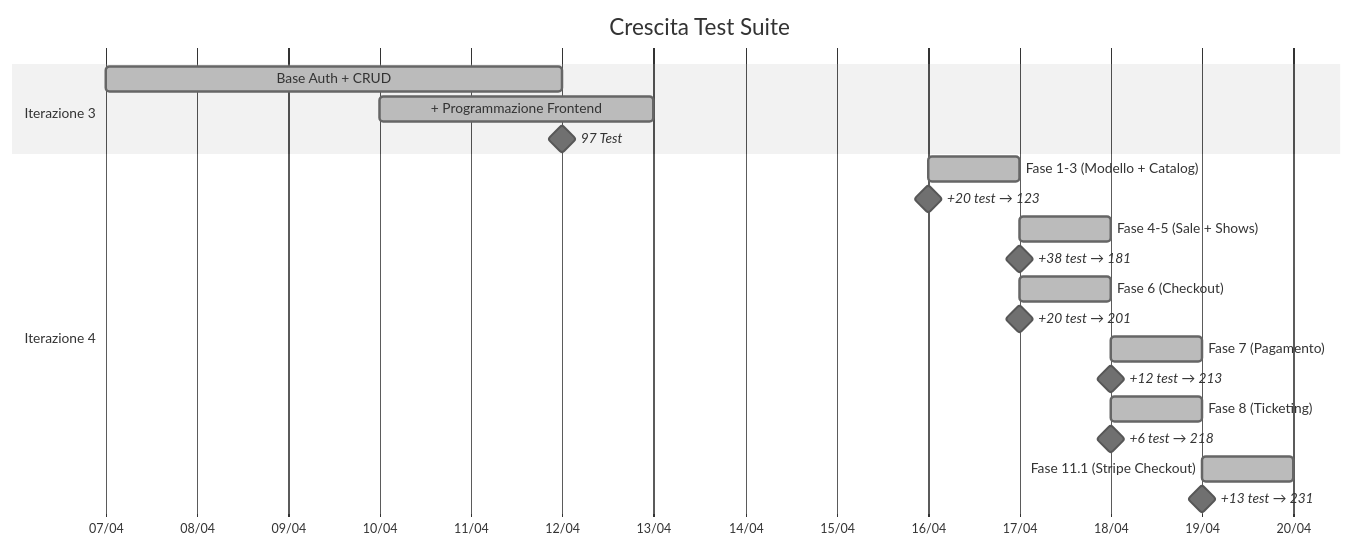
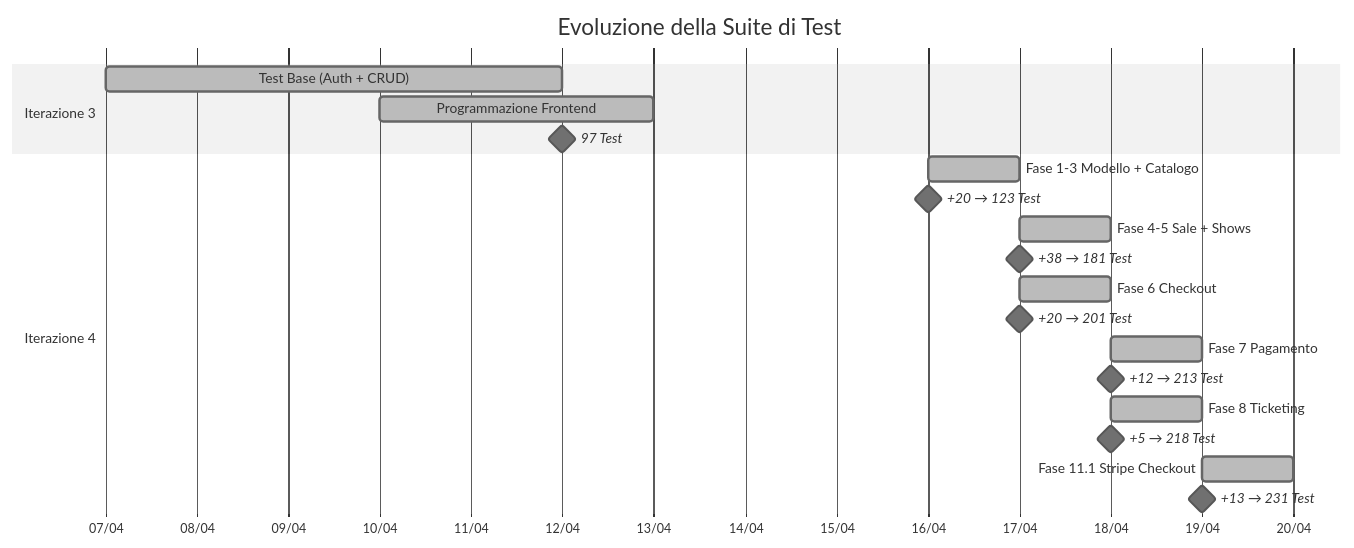
Before and after one commit to RizzoThomas/esercizioopencodefilm: the second of 2 diagrams in film-app-dev_iteration_4/presentazione/10-test.md, drawn with Mermaid (neutral theme). The commit also changed other lines of this file and 10 other files, not shown here.

Commit message:
docs: enhance presentazione with tables, pie charts, and detailed workflows

````diff
--- a/film-app-dev_iteration_4/presentazione/10-test.md
+++ b/film-app-dev_iteration_4/presentazione/10-test.md
@@ -54,25 +47,25 @@
 ```mermaid
 gantt
-    title Crescita Test Suite
+    title Evoluzione della Suite di Test
     dateFormat  YYYY-MM-DD
     axisFormat  %d/%m
 
     section Iterazione 3
-    Base Auth + CRUD        :done, 2026-04-07, 5d
-    + Programmazione Frontend :done, 2026-04-10, 3d
-    97 Test                  :milestone, 2026-04-12, 0d
+    Test Base (Auth + CRUD)     :done, 2026-04-07, 5d
+    Programmazione Frontend     :done, 2026-04-10, 3d
+    97 Test                     :milestone, 2026-04-12, 0d
 
     section Iterazione 4
-    Fase 1-3 (Modello + Catalog) :done, 2026-04-16, 1d
-    +20 test → 123           :milestone, 2026-04-16, 0d
-    Fase 4-5 (Sale + Shows)  :done, 2026-04-17, 1d
-    +38 test → 181           :milestone, 2026-04-17, 0d
-    Fase 6 (Checkout)        :done, 2026-04-17, 1d
-    +20 test → 201           :milestone, 2026-04-17, 0d
-    Fase 7 (Pagamento)       :done, 2026-04-18, 1d
-    +12 test → 213           :milestone, 2026-04-18, 0d
-    Fase 8 (Ticketing)       :done, 2026-04-18, 1d
-    +6 test → 218            :milestone, 2026-04-18, 0d
-    Fase 11.1 (Stripe Checkout) :done, 2026-04-19, 1d
-    +13 test → 231           :milestone, 2026-04-19, 0d
+    Fase 1-3 Modello + Catalogo :done, 2026-04-16, 1d
+    +20 → 123 Test              :milestone, 2026-04-16, 0d
+    Fase 4-5 Sale + Shows       :done, 2026-04-17, 1d
+    +38 → 181 Test              :milestone, 2026-04-17, 0d
+    Fase 6 Checkout             :done, 2026-04-17, 1d
+    +20 → 201 Test              :milestone, 2026-04-17, 0d
+    Fase 7 Pagamento            :done, 2026-04-18, 1d
+    +12 → 213 Test              :milestone, 2026-04-18, 0d
+    Fase 8 Ticketing            :done, 2026-04-18, 1d
+    +5 → 218 Test               :milestone, 2026-04-18, 0d
+    Fase 11.1 Stripe Checkout   :done, 2026-04-19, 1d
+    +13 → 231 Test              :milestone, 2026-04-19, 0d
 ```
````
